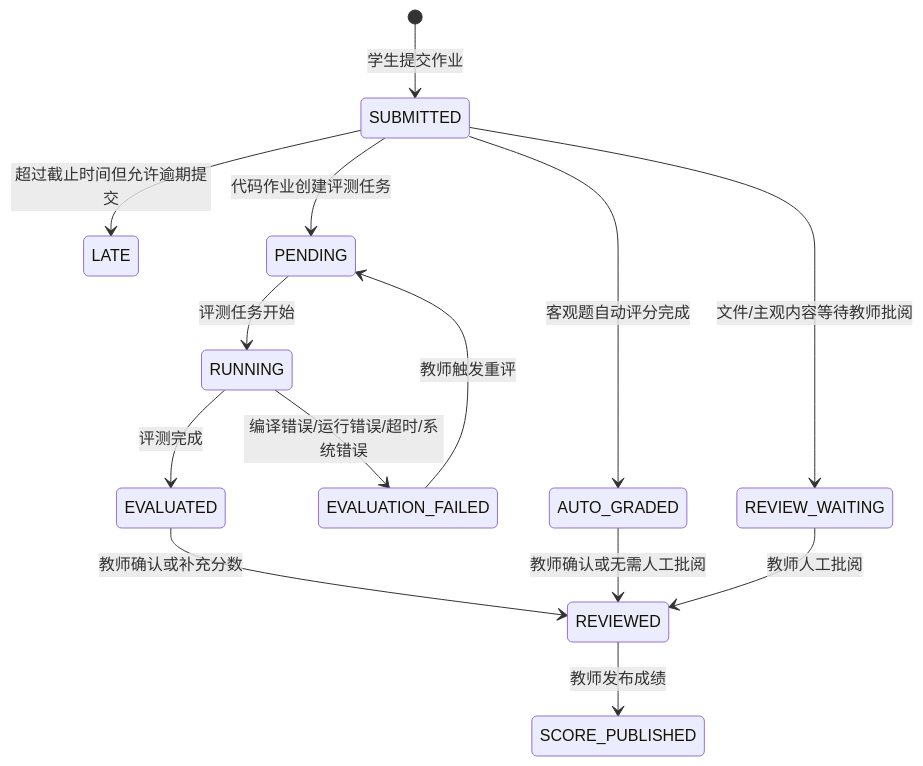
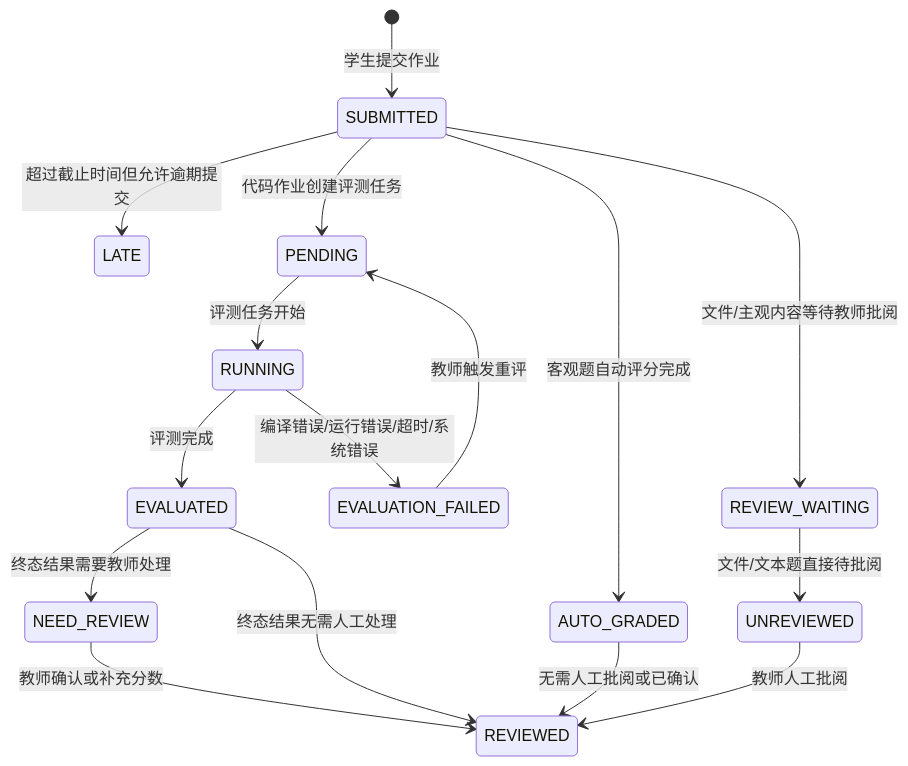
The third of 7 diagrams in docs/过程/概要/作业与自动评测模块概要设计提交稿（hwk）.md (Cr4zyorange/OnlineJudge), drawn with Mermaid before and after one commit. The commit also changed other lines of this file and 7 other files, not shown here.

````diff
--- a/docs/过程/概要/作业与自动评测模块概要设计提交稿（hwk）.md
+++ b/docs/过程/概要/作业与自动评测模块概要设计提交稿（hwk）.md
@@ -394,18 +396,20 @@
 ```mermaid
 stateDiagram-v2
     [*] --> SUBMITTED: 学生提交作业
     SUBMITTED --> LATE: 超过截止时间但允许逾期提交
     SUBMITTED --> PENDING: 代码作业创建评测任务
     SUBMITTED --> AUTO_GRADED: 客观题自动评分完成
     SUBMITTED --> REVIEW_WAITING: 文件/主观内容等待教师批阅
 
     PENDING --> RUNNING: 评测任务开始
     RUNNING --> EVALUATED: 评测完成
     RUNNING --> EVALUATION_FAILED: 编译错误/运行错误/超时/系统错误
     EVALUATION_FAILED --> PENDING: 教师触发重评
 
-    AUTO_GRADED --> REVIEWED: 教师确认或无需人工批阅
-    EVALUATED --> REVIEWED: 教师确认或补充分数
-    REVIEW_WAITING --> REVIEWED: 教师人工批阅
-    REVIEWED --> SCORE_PUBLISHED: 教师发布成绩
+    AUTO_GRADED --> REVIEWED: 无需人工批阅或已确认
+    EVALUATED --> NEED_REVIEW: 终态结果需要教师处理
+    EVALUATED --> REVIEWED: 终态结果无需人工处理
+    REVIEW_WAITING --> UNREVIEWED: 文件/文本题直接待批阅
+    UNREVIEWED --> REVIEWED: 教师人工批阅
+    NEED_REVIEW --> REVIEWED: 教师确认或补充分数
 ```
````
